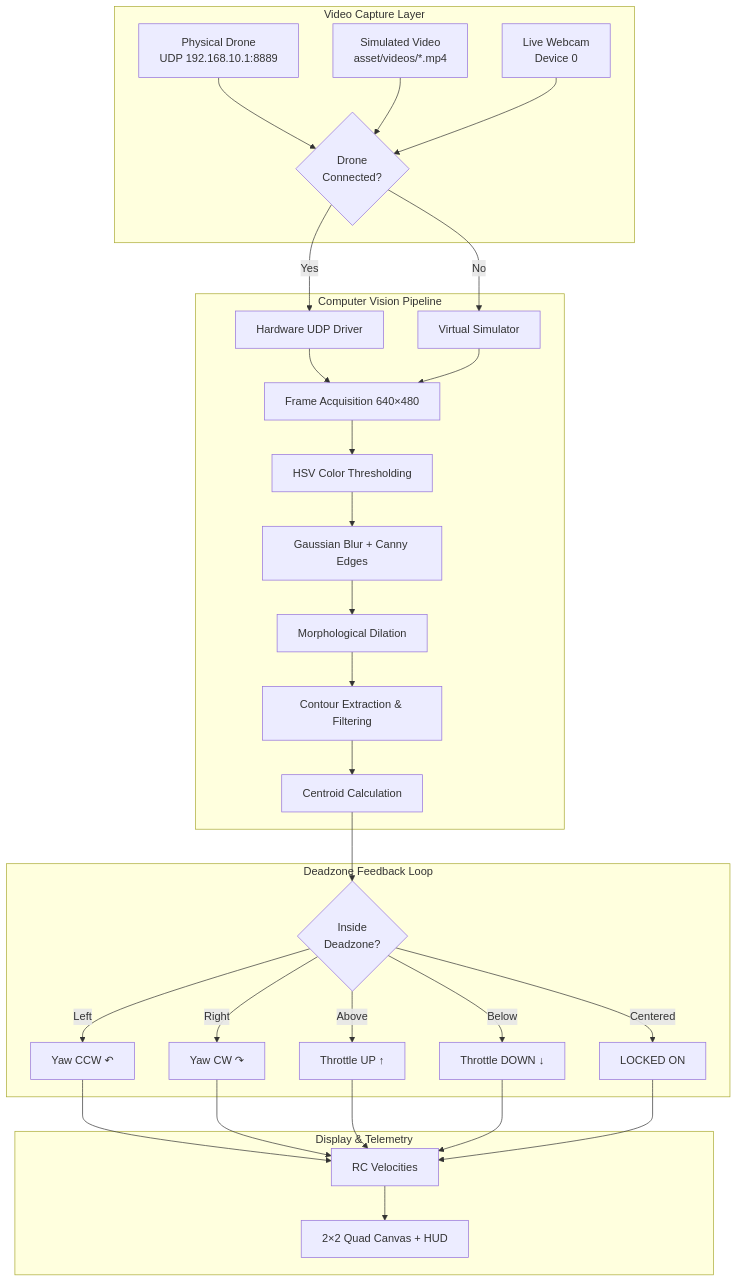
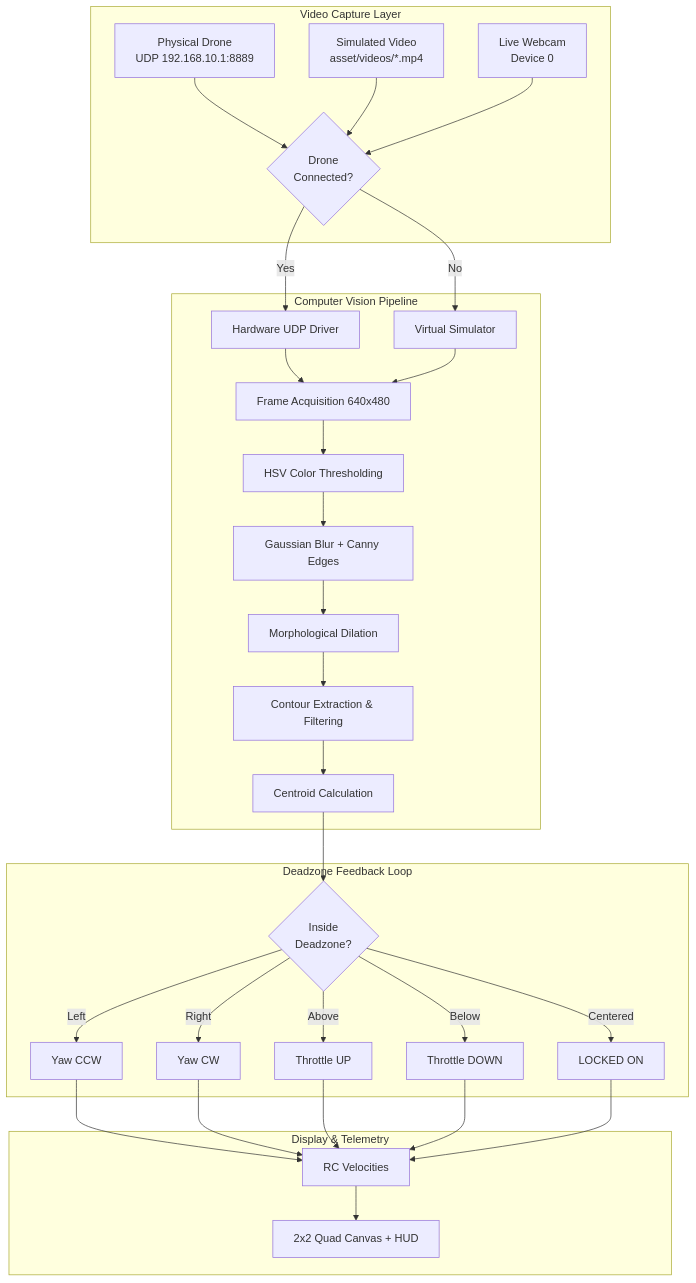
Before and after one commit to mohd-faizy/aerial-target-tracking: the diagram in README.md, drawn with Mermaid. The commit also changed other lines of this file, not shown here.

````diff
--- a/README.md
+++ b/README.md
@@ -194,39 +194,39 @@
 ```mermaid
 flowchart TD
     subgraph Input ["Video Capture Layer"]
         A1["Physical Drone<br/>UDP 192.168.10.1:8889"] --> B{"Drone<br/>Connected?"}
         A2["Simulated Video<br/>asset/videos/*.mp4"] --> B
         A3["Live Webcam<br/>Device 0"] --> B
     end
 
     B -->|Yes| C["Hardware UDP Driver"]
     B -->|No| D["Virtual Simulator"]
 
     subgraph Vision ["Computer Vision Pipeline"]
-        C --> E["Frame Acquisition 640×480"]
+        C --> E["Frame Acquisition 640x480"]
         D --> E
         E --> F["HSV Color Thresholding"]
         F --> G["Gaussian Blur + Canny Edges"]
         G --> H["Morphological Dilation"]
         H --> I["Contour Extraction & Filtering"]
         I --> J["Centroid Calculation"]
     end
 
     subgraph Control ["Deadzone Feedback Loop"]
         J --> K{"Inside<br/>Deadzone?"}
-        K -->|Left| L1["Yaw CCW ↶"]
-        K -->|Right| L2["Yaw CW ↷"]
-        K -->|Above| L3["Throttle UP ↑"]
-        K -->|Below| L4["Throttle DOWN ↓"]
+        K -->|Left| L1["Yaw CCW"]
+        K -->|Right| L2["Yaw CW"]
+        K -->|Above| L3["Throttle UP"]
+        K -->|Below| L4["Throttle DOWN"]
         K -->|Centered| L5["LOCKED ON"]
     end
 
     subgraph Output ["Display & Telemetry"]
         L1 --> M["RC Velocities"]
         L2 --> M
         L3 --> M
         L4 --> M
         L5 --> M
-        M --> N["2×2 Quad Canvas + HUD"]
+        M --> N["2x2 Quad Canvas + HUD"]
     end
 ```
````
